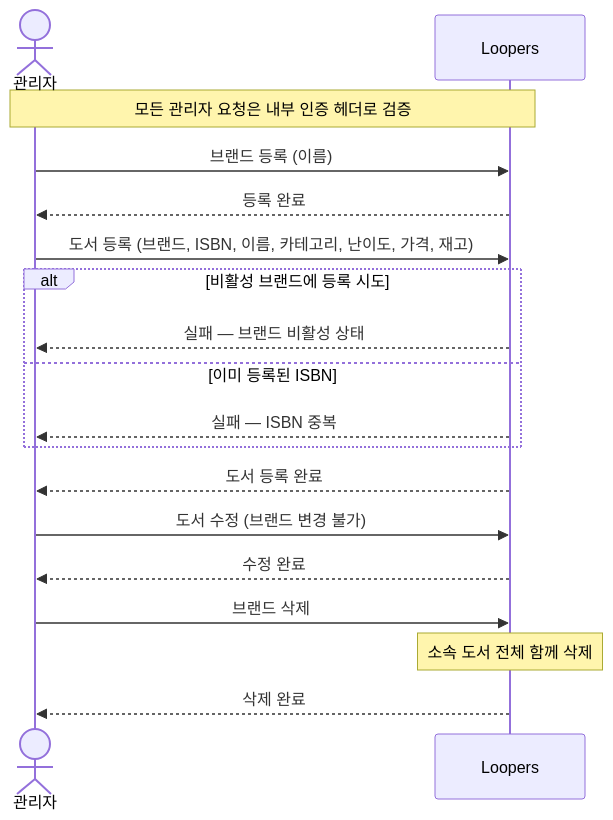
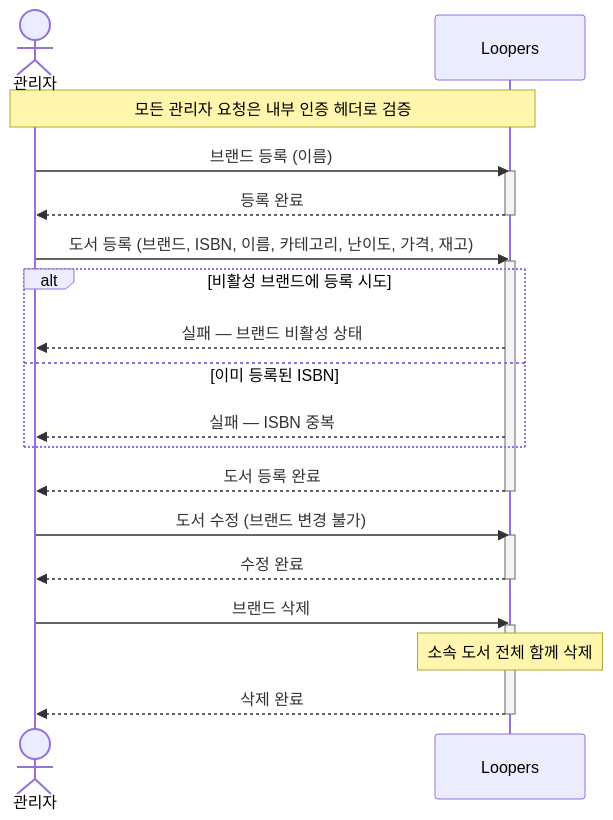
One commit to loopers-labs/loop-pack-be-l2-vol4-java changed the seventh of 8 diagrams in .docs/design/02-sequence-diagrams-overview.md. Above: the diagram before and after it, drawn with Mermaid. The commit also changed other lines of this file and 5 other files, not shown here.

````diff
--- a/.docs/design/02-sequence-diagrams-overview.md
+++ b/.docs/design/02-sequence-diagrams-overview.md
@@ -177,25 +199,33 @@
 ```mermaid
 sequenceDiagram
     actor 관리자
     participant 서비스 as Loopers
 
     Note over 관리자,서비스: 모든 관리자 요청은 내부 인증 헤더로 검증
 
     관리자->>서비스: 브랜드 등록 (이름)
+    activate 서비스
     서비스-->>관리자: 등록 완료
+    deactivate 서비스
 
     관리자->>서비스: 도서 등록 (브랜드, ISBN, 이름, 카테고리, 난이도, 가격, 재고)
+    activate 서비스
     alt 비활성 브랜드에 등록 시도
         서비스-->>관리자: 실패 — 브랜드 비활성 상태
     else 이미 등록된 ISBN
         서비스-->>관리자: 실패 — ISBN 중복
     end
     서비스-->>관리자: 도서 등록 완료
+    deactivate 서비스
 
     관리자->>서비스: 도서 수정 (브랜드 변경 불가)
+    activate 서비스
     서비스-->>관리자: 수정 완료
+    deactivate 서비스
 
     관리자->>서비스: 브랜드 삭제
+    activate 서비스
     Note over 서비스: 소속 도서 전체 함께 삭제
     서비스-->>관리자: 삭제 완료
+    deactivate 서비스
 ```
````
